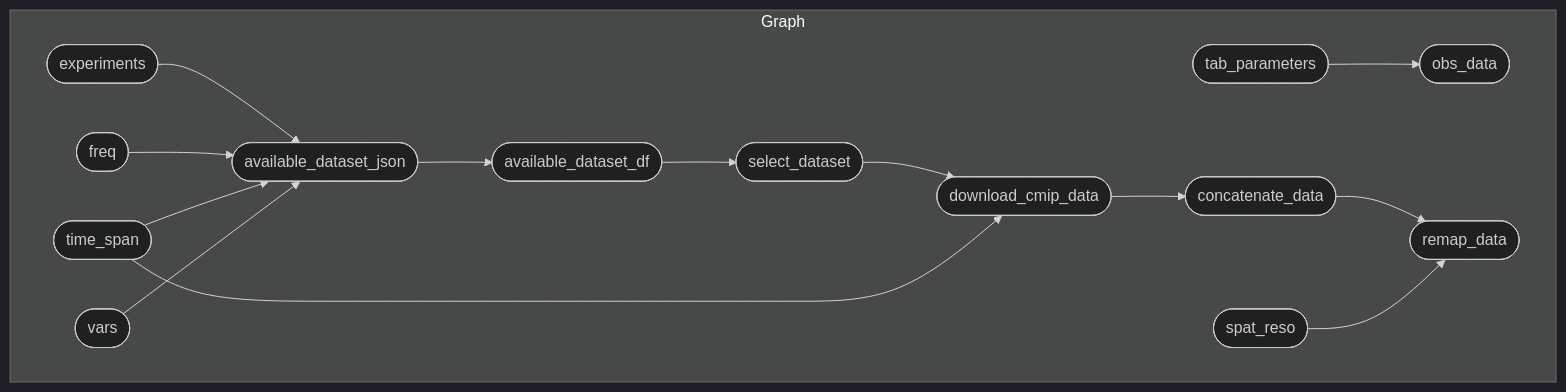
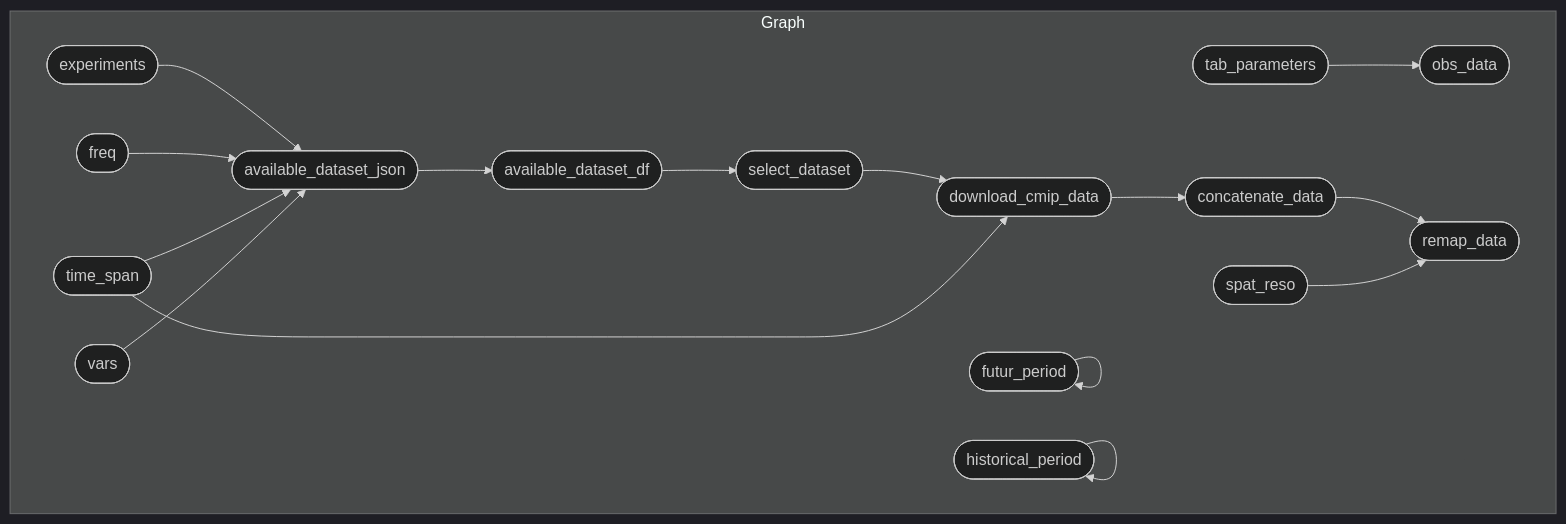
One commit to r-fernandezz/downshape changed the diagram in README.md. Above: the diagram before and after it, drawn with Mermaid (dark theme). The commit also changed other lines of this file and 3 other files, not shown here.

````diff
--- a/README.md
+++ b/README.md
@@ -28,18 +36,20 @@
 ``` mermaid
 graph LR
   subgraph Graph
     direction LR
     x3f5ab24ee8d242b4(["select_dataset"]):::outdated --> xba5d8678b6176d68(["download_cmip_data"]):::outdated
     x2c0118dd07b06ac8(["time_span"]):::outdated --> xba5d8678b6176d68(["download_cmip_data"]):::outdated
     x6fcf9b0e7fc429ff(["available_dataset_json"]):::outdated --> xe895740a9b7896f7(["available_dataset_df"]):::outdated
     xac02e5e58926353b(["experiments"]):::outdated --> x6fcf9b0e7fc429ff(["available_dataset_json"]):::outdated
     x906e78a8df9f52cb(["freq"]):::outdated --> x6fcf9b0e7fc429ff(["available_dataset_json"]):::outdated
     x2c0118dd07b06ac8(["time_span"]):::outdated --> x6fcf9b0e7fc429ff(["available_dataset_json"]):::outdated
     x8f15ec77b8dbd81a(["vars"]):::outdated --> x6fcf9b0e7fc429ff(["available_dataset_json"]):::outdated
     xe895740a9b7896f7(["available_dataset_df"]):::outdated --> x3f5ab24ee8d242b4(["select_dataset"]):::outdated
     xba5d8678b6176d68(["download_cmip_data"]):::outdated --> x96804873c73726bd(["concatenate_data"]):::outdated
     x4301c707c2ab0cdc(["tab_parameters"]):::outdated --> xd7bca5ba4e5f539d(["obs_data"]):::outdated
     x96804873c73726bd(["concatenate_data"]):::outdated --> x9543d9ff8a85b869(["remap_data"]):::outdated
     xe73cbbcc20086ecd(["spat_reso"]):::outdated --> x9543d9ff8a85b869(["remap_data"]):::outdated
+    xbce5cad1cf7e7103(["futur_period"]):::outdated --> xbce5cad1cf7e7103(["futur_period"]):::outdated
+    x57dd1d5e854c11b6(["historical_period"]):::outdated --> x57dd1d5e854c11b6(["historical_period"]):::outdated
   end
 ```
````
